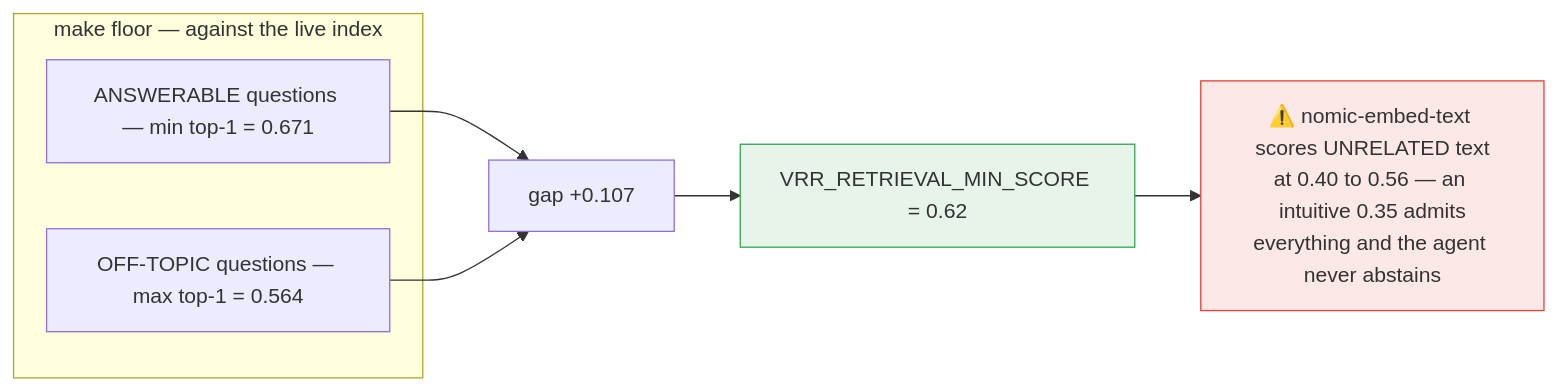
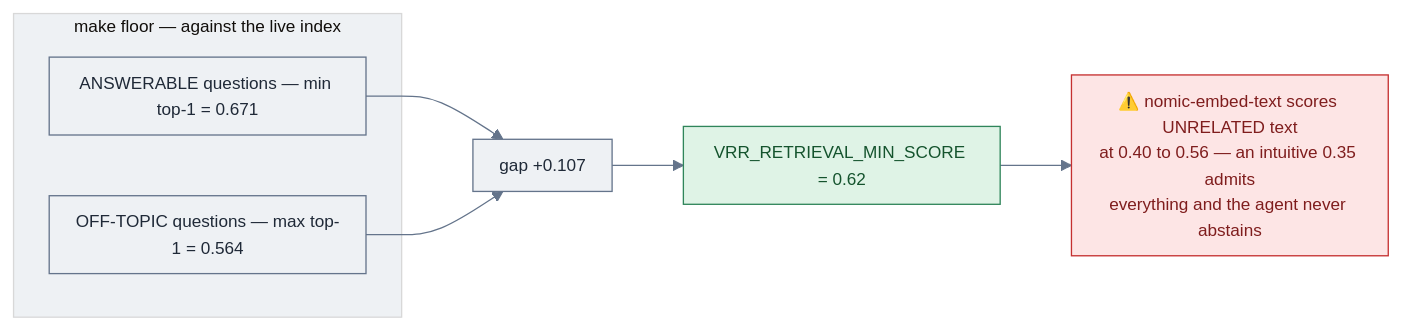
Diagram 11 of 19 in README.md (vamshi455/vrr-agent-open), drawn with Mermaid before and after one commit. The commit also changed other lines of this file and 2 other files, not shown here.

````diff
--- a/README.md
+++ b/README.md
@@ -607,14 +667,17 @@
 ```mermaid
+%%{init: {'theme':'base','themeVariables':{'fontFamily':'ui-sans-serif, system-ui, -apple-system, sans-serif','fontSize':'13px','lineColor':'#64748b','primaryColor':'#eef1f4','primaryTextColor':'#1f2937','primaryBorderColor':'#64748b','secondaryColor':'#e3edf6','tertiaryColor':'#eef1f4'},'flowchart':{'htmlLabels':true,'padding':10,'nodeSpacing':46,'rankSpacing':54,'curve':'basis','useMaxWidth':true},'sequence':{'useMaxWidth':true,'boxMargin':8}}}%%
 flowchart LR
     subgraph MEASURED["make floor — against the live index"]
         A["ANSWERABLE questions — min top-1 = 0.671"]
         B["OFF-TOPIC questions — max top-1 = 0.564"]
     end
     A --> GAP["gap +0.107"]
     B --> GAP
     GAP --> F["VRR_RETRIEVAL_MIN_SCORE = 0.62"]
     F --> NOTE["⚠️ nomic-embed-text scores UNRELATED text<br/>at 0.40 to 0.56 — an intuitive 0.35 admits<br/>everything and the agent never abstains"]
 
-    style NOTE fill:#fce8e6,stroke:#ea4335
-    style F fill:#e6f4ea,stroke:#34a853
+    classDef bad fill:#fde5e5,stroke:#c53030,stroke-width:1px,color:#7f1d1d;
+    classDef ok fill:#dff3e6,stroke:#2f855a,stroke-width:1px,color:#14532d;
+    class NOTE bad;
+    class F ok;
 ```
````
